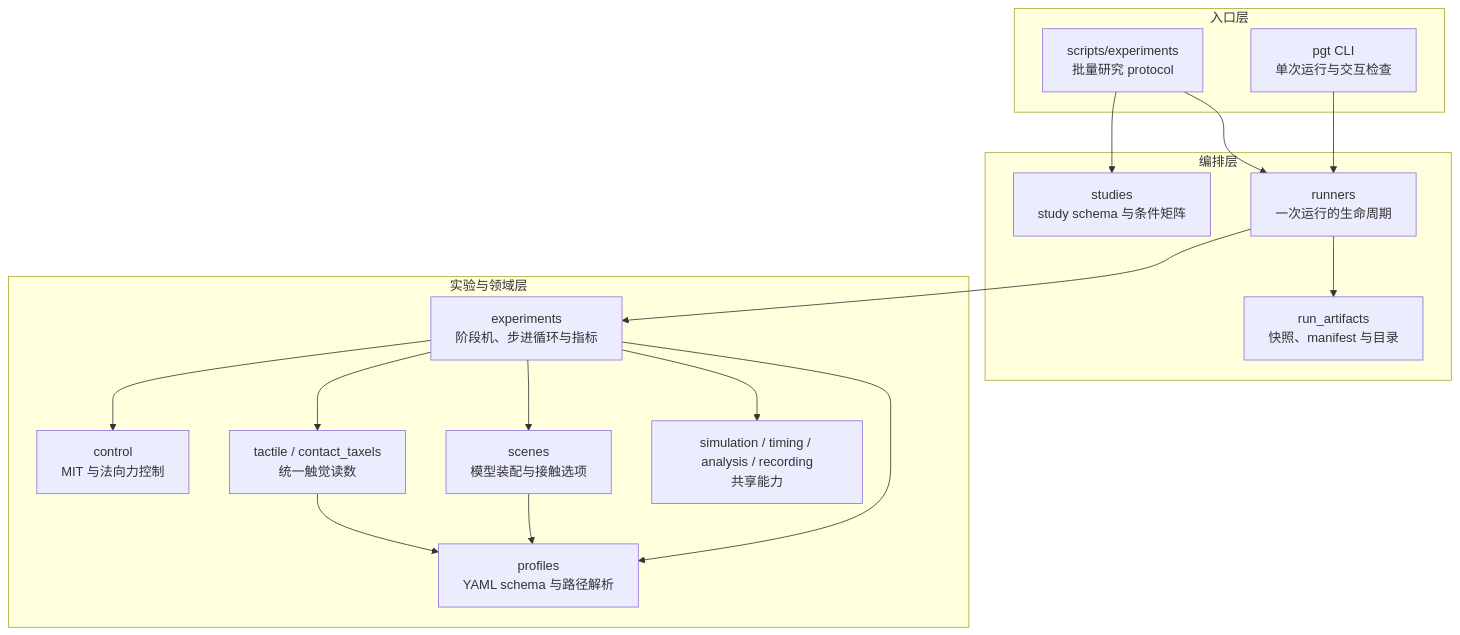
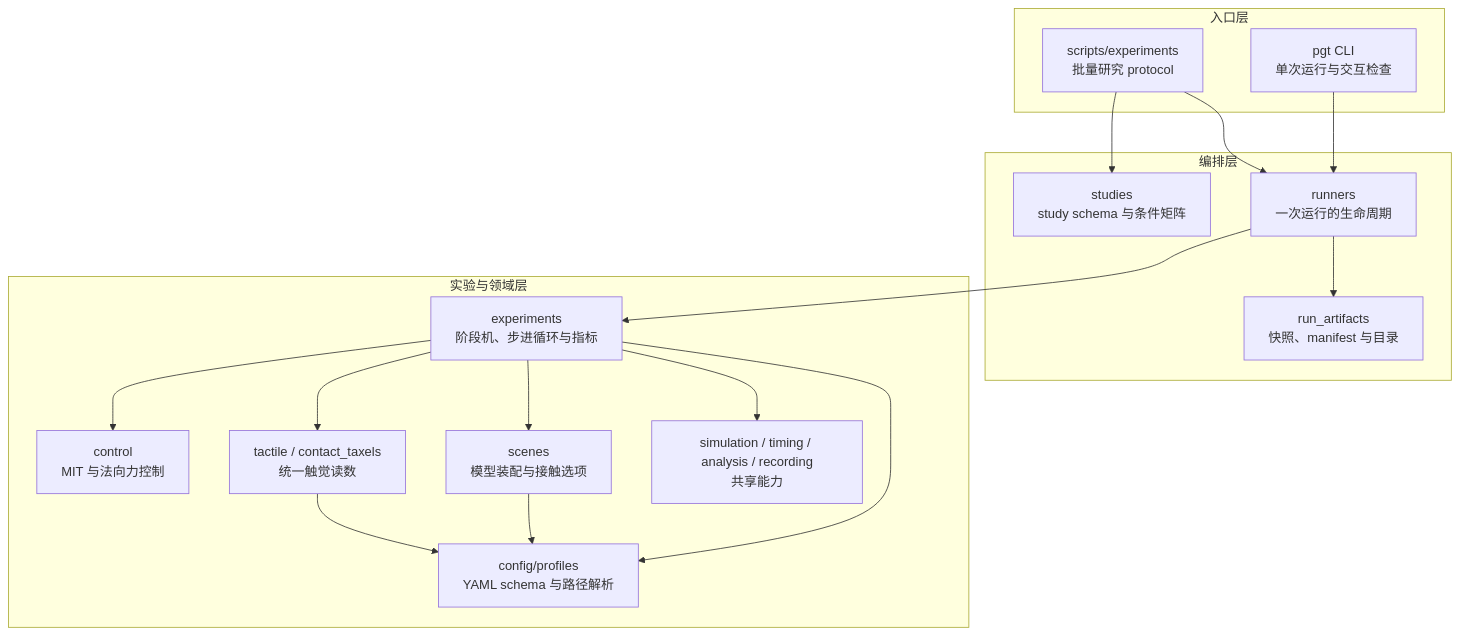
One commit to langxin11/parallel_gripper_tactile changed the first of 2 diagrams in docs/architecture.md. Above: the diagram before and after it, drawn with Mermaid. The commit also changed other lines of this file and 5 other files, not shown here.

````diff
--- a/docs/architecture.md
+++ b/docs/architecture.md
@@ -6,35 +6,35 @@
 ```mermaid
 flowchart TB
   subgraph Entry[入口层]
     CLI["pgt CLI<br/>单次运行与交互检查"]
     Scripts["scripts/experiments<br/>批量研究 protocol"]
   end
 
   subgraph Orchestration[编排层]
     Study["studies<br/>study schema 与条件矩阵"]
     Runner["runners<br/>一次运行的生命周期"]
     Artifacts["run_artifacts<br/>快照、manifest 与目录"]
   end
 
   subgraph Domain[实验与领域层]
     Experiments["experiments<br/>阶段机、步进循环与指标"]
     Control["control<br/>MIT 与法向力控制"]
     Tactile["tactile / contact_taxels<br/>统一触觉读数"]
     Scenes["scenes<br/>模型装配与接触选项"]
-    Profiles["profiles<br/>YAML schema 与路径解析"]
+    Profiles["config/profiles<br/>YAML schema 与路径解析"]
     Shared["simulation / timing / analysis / recording<br/>共享能力"]
   end
 
   CLI --> Runner
   Scripts --> Study
   Scripts --> Runner
   Runner --> Artifacts
   Runner --> Experiments
   Experiments --> Control
   Experiments --> Tactile
   Experiments --> Scenes
   Experiments --> Profiles
   Experiments --> Shared
   Scenes --> Profiles
   Tactile --> Profiles
 ```
````
